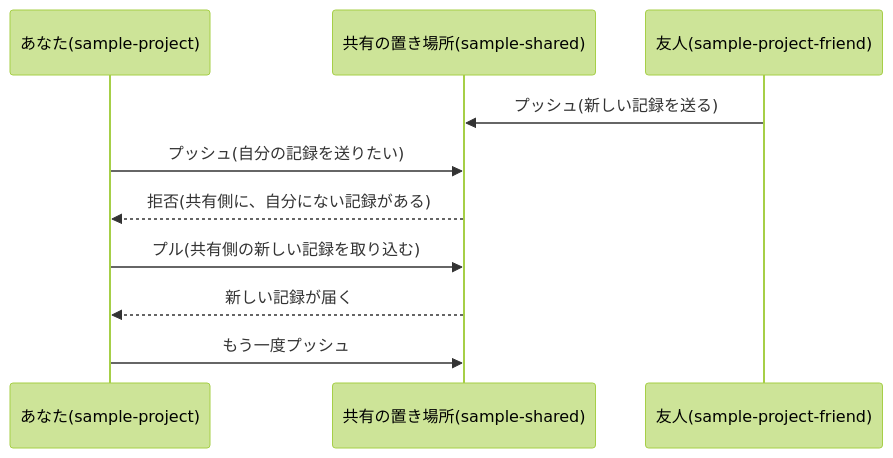
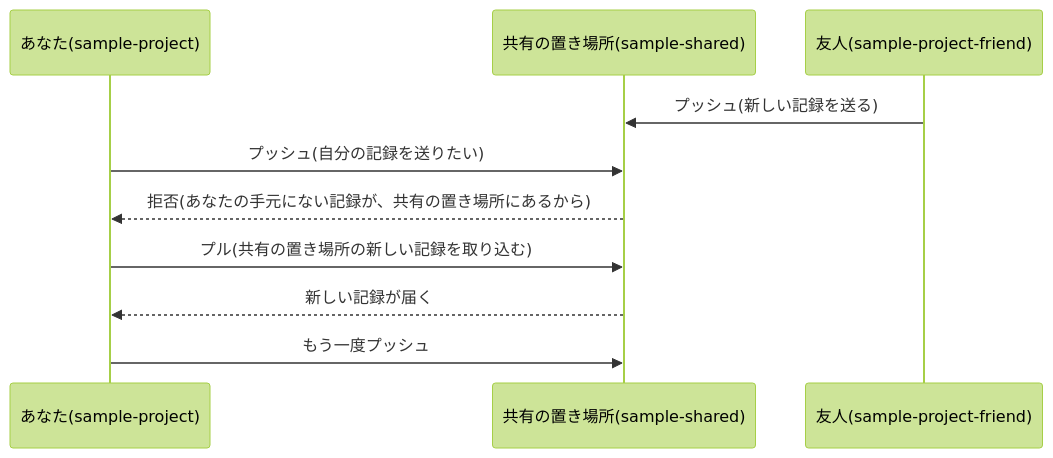
The diagram in docs/教科書/06_複数人での変更共有.md (airi-practice/git-practice), drawn with Mermaid (forest theme) before and after one commit. The commit also changed other lines of this file and 11 other files, not shown here.

````diff
--- a/docs/教科書/06_複数人での変更共有.md
+++ b/docs/教科書/06_複数人での変更共有.md
@@ -248,12 +260,12 @@
 ```mermaid
 sequenceDiagram
     participant A as あなた(sample-project)
     participant S as 共有の置き場所(sample-shared)
     participant F as 友人(sample-project-friend)
     F->>S: プッシュ(新しい記録を送る)
     A->>S: プッシュ(自分の記録を送りたい)
-    S-->>A: 拒否(共有側に、自分にない記録がある)
-    A->>S: プル(共有側の新しい記録を取り込む)
+    S-->>A: 拒否(あなたの手元にない記録が、共有の置き場所にあるから)
+    A->>S: プル(共有の置き場所の新しい記録を取り込む)
     S-->>A: 新しい記録が届く
     A->>S: もう一度プッシュ
 ```
````
